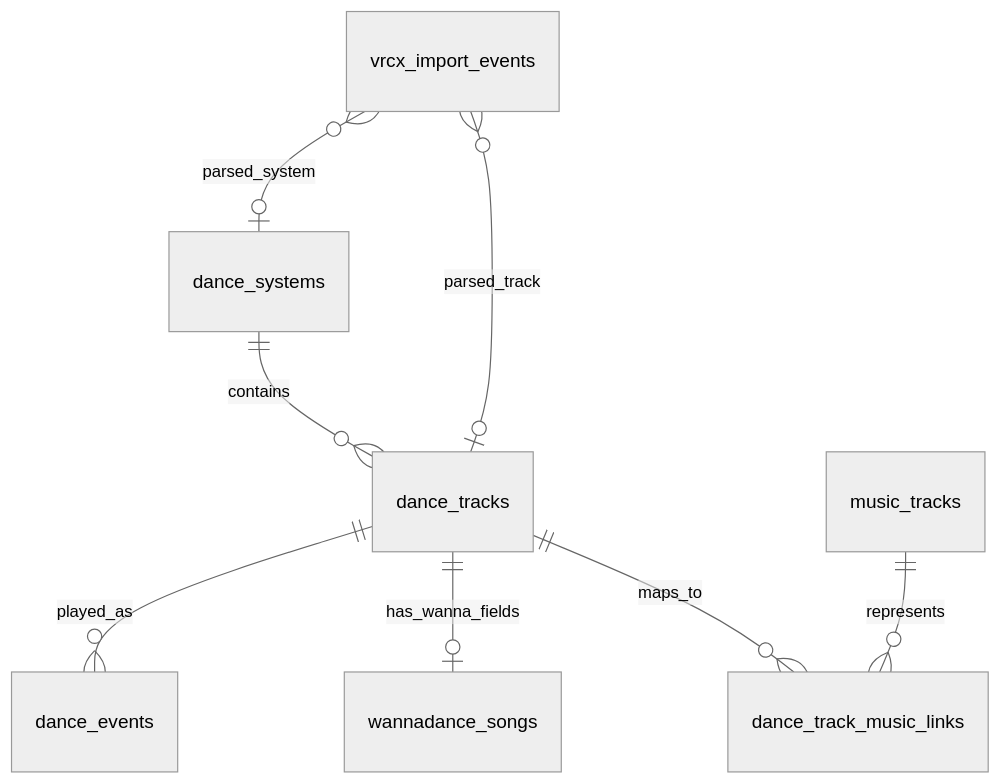
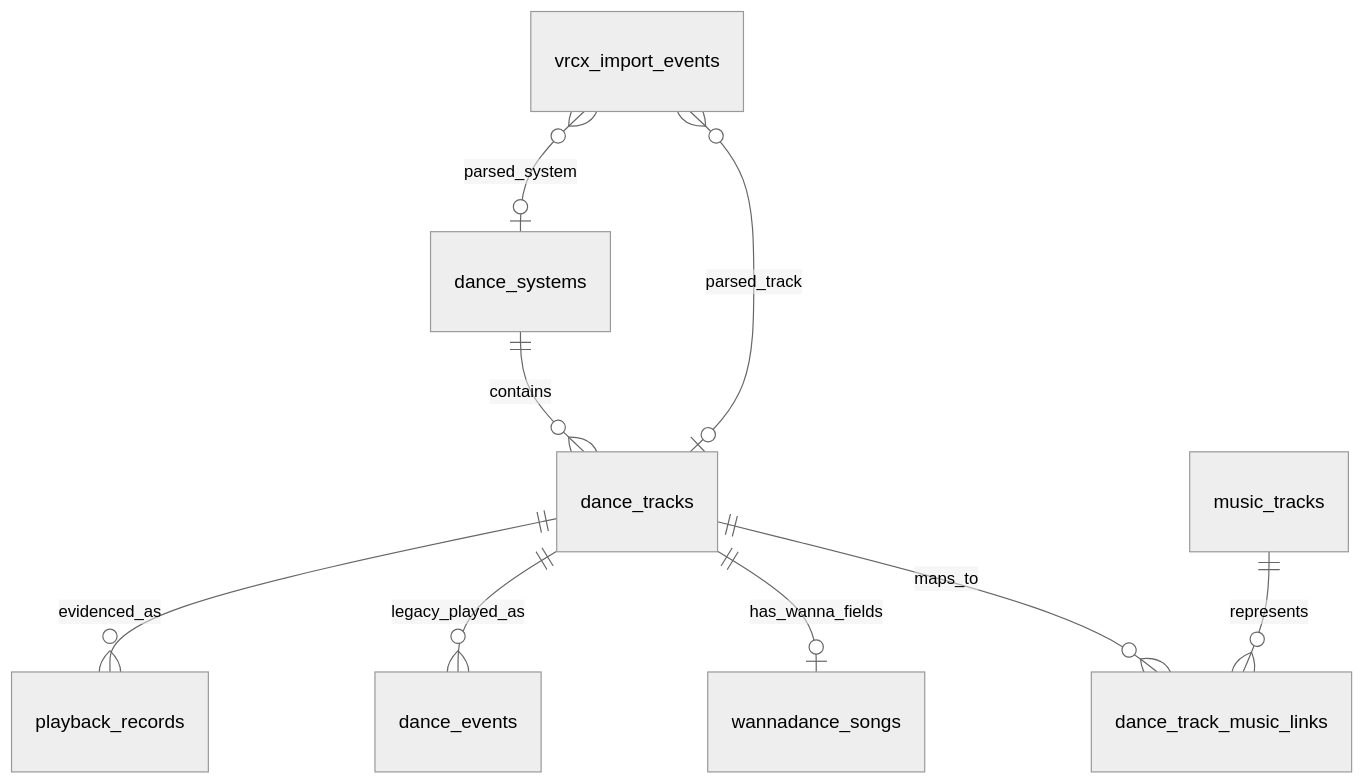
Before and after one commit to SW26010/dance-trail: the diagram in docs/dance_data_model.md, drawn with Mermaid (neutral theme). The commit also changed other lines of this file and 9 other files, not shown here.

````diff
--- a/docs/dance_data_model.md
+++ b/docs/dance_data_model.md
@@ -276,12 +337,13 @@
 ```mermaid
 erDiagram
     dance_systems ||--o{ dance_tracks : contains
-    dance_tracks ||--o{ dance_events : played_as
+    dance_tracks ||--o{ playback_records : evidenced_as
+    dance_tracks ||--o{ dance_events : legacy_played_as
     dance_tracks ||--o| wannadance_songs : has_wanna_fields
 
     dance_tracks ||--o{ dance_track_music_links : maps_to
     music_tracks ||--o{ dance_track_music_links : represents
 
     vrcx_import_events }o--o| dance_systems : parsed_system
     vrcx_import_events }o--o| dance_tracks : parsed_track
 ```
````
